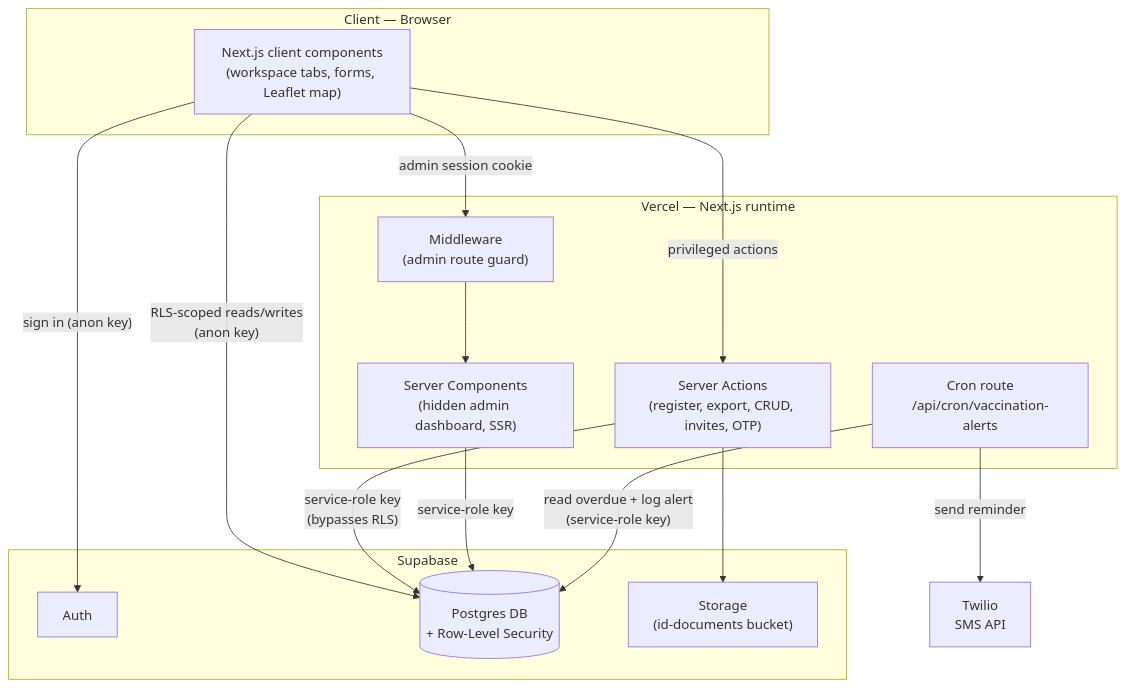
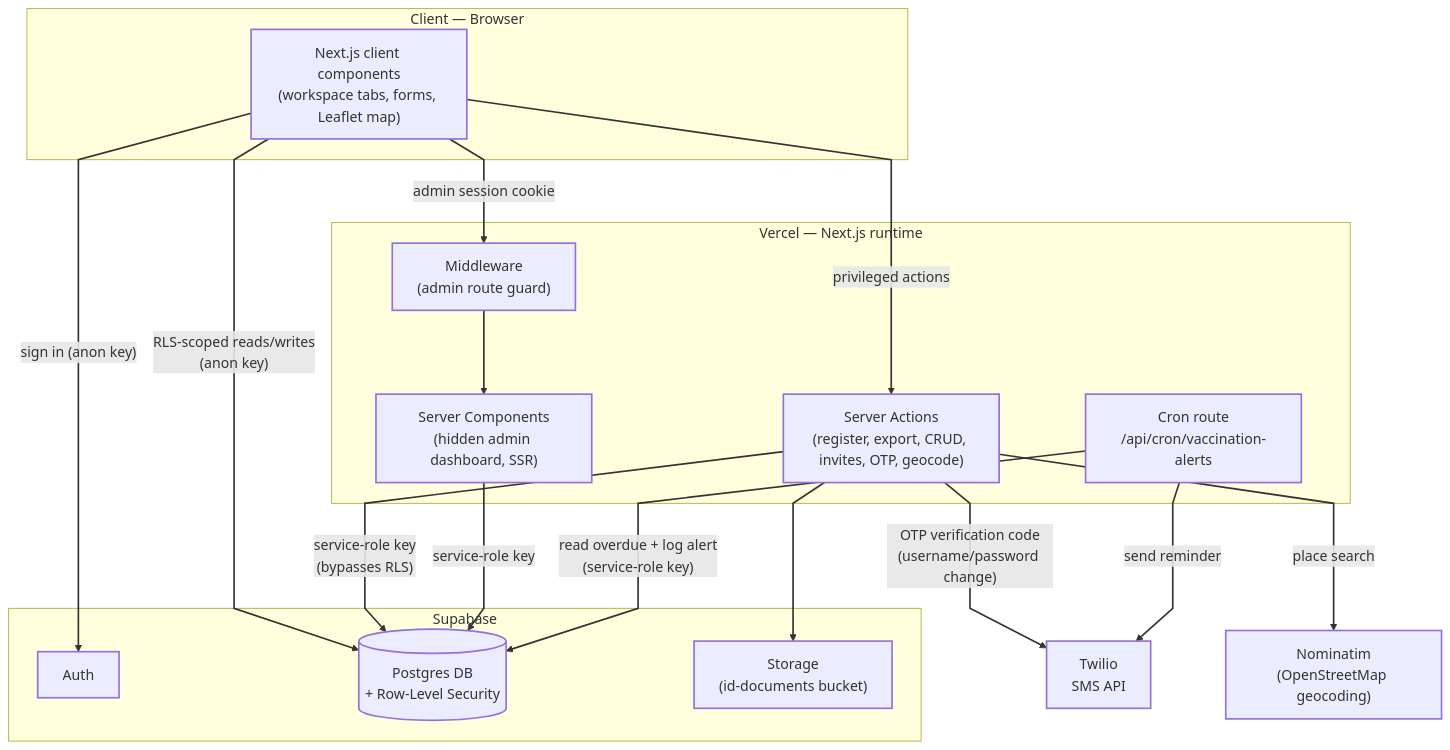
Before and after one commit to kiniakoangaccount/vaccitrack-capstone: the second of 8 diagrams in DIAGRAMS.md, drawn with Mermaid. The commit also changed other lines of this file and 8 other files, not shown here.

First line of the commit message:
Fix SMS-path inconsistency in system diagrams, add geocoding integration, render diagram screenshots

````diff
--- a/DIAGRAMS.md
+++ b/DIAGRAMS.md
@@ -23,31 +25,38 @@
 ```mermaid
+%%{init: {'flowchart': {'curve': 'linear'}, 'themeVariables': {'fontSize': '17px'}}}%%
 flowchart TB
+  classDef default stroke-width:2px;
+
   subgraph CLIENT["Client — Browser"]
     UI["Next.js client components<br/>(workspace tabs, forms, Leaflet map)"]
   end
 
   subgraph VERCEL["Vercel — Next.js runtime"]
     MW["Middleware<br/>(admin route guard)"]
     RSC["Server Components<br/>(hidden admin dashboard, SSR)"]
-    SA["Server Actions<br/>(register, export, CRUD, invites, OTP)"]
+    SA["Server Actions<br/>(register, export, CRUD, invites, OTP, geocode)"]
     CRON["Cron route<br/>/api/cron/vaccination-alerts"]
   end
 
   subgraph SUPABASE["Supabase"]
     AUTH["Auth"]
     DB[("Postgres DB<br/>+ Row-Level Security")]
     STORAGE["Storage<br/>(id-documents bucket)"]
   end
 
   TWILIO["Twilio<br/>SMS API"]
+  NOMINATIM["Nominatim<br/>(OpenStreetMap geocoding)"]
 
   UI -- "sign in (anon key)" --> AUTH
   UI -- "RLS-scoped reads/writes<br/>(anon key)" --> DB
   UI -- "privileged actions" --> SA
   UI -- "admin session cookie" --> MW --> RSC
   SA -- "service-role key<br/>(bypasses RLS)" --> DB
   SA --> STORAGE
+  SA -- "OTP verification code<br/>(username/password change)" --> TWILIO
+  SA -- "place search" --> NOMINATIM
   RSC -- "service-role key" --> DB
   CRON -- "read overdue + log alert<br/>(service-role key)" --> DB
   CRON -- "send reminder" --> TWILIO
+  linkStyle default stroke-width:2px;
 ```
````
